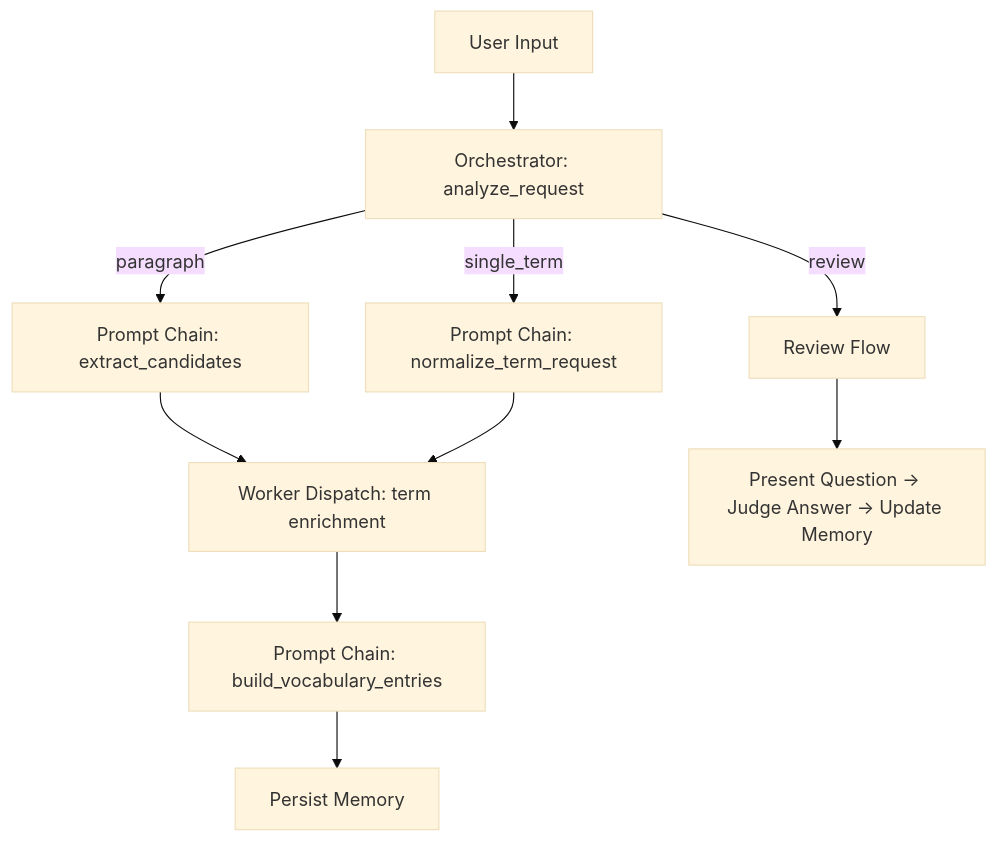
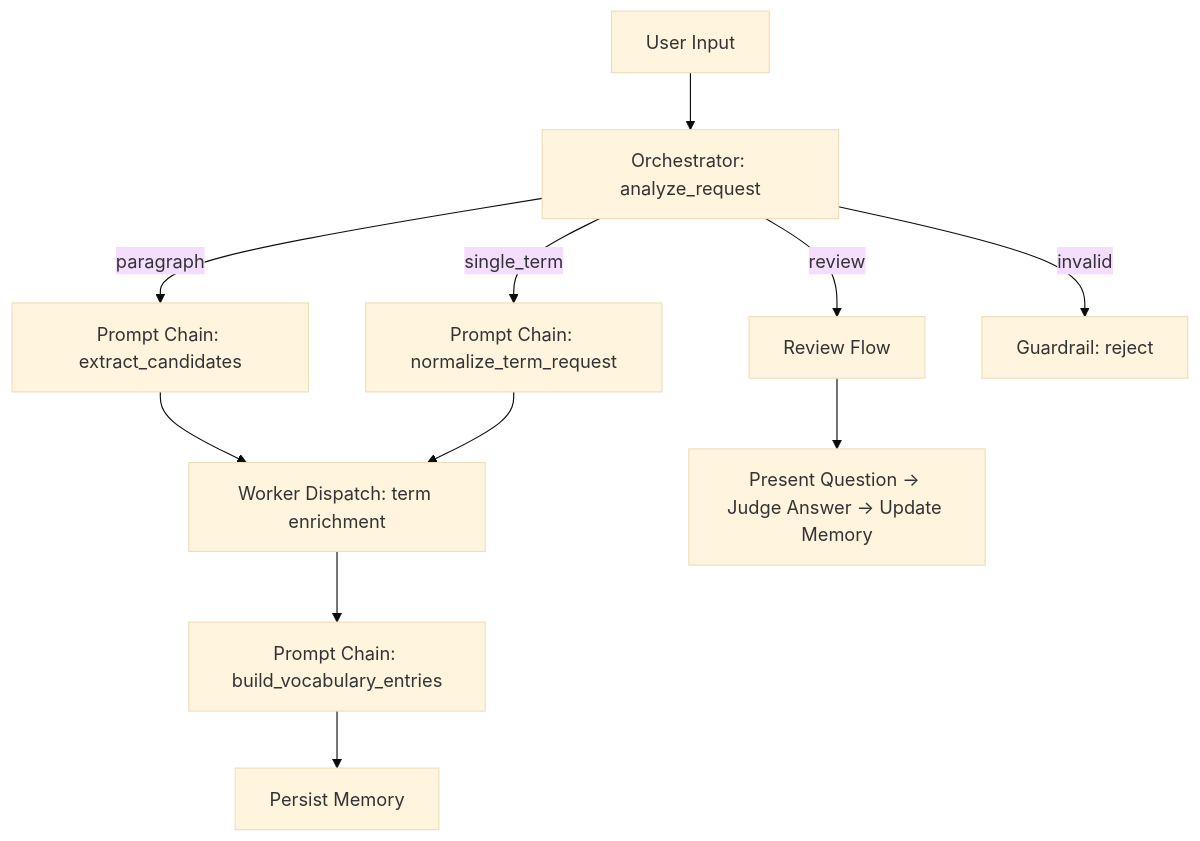
One commit to Yu-Jaeyoung/ai-agent-tutorial changed the diagram in challenge/14/README.md. Above: the diagram before and after it, drawn with Mermaid (base theme). The commit also changed other lines of this file, not shown here.

````diff
--- a/challenge/14/README.md
+++ b/challenge/14/README.md
@@ -35,13 +84,14 @@
 ```mermaid
 flowchart TD
     A["User Input"] --> B["Orchestrator: analyze_request"]
     B -->|paragraph| C["Prompt Chain: extract_candidates"]
     B -->|single_term| D["Prompt Chain: normalize_term_request"]
     B -->|review| E["Review Flow"]
+    B -->|invalid| F["Guardrail: reject"]
 
-    C --> F["Worker Dispatch: term enrichment"]
-    D --> F
-    F --> G["Prompt Chain: build_vocabulary_entries"]
-    G --> H["Persist Memory"]
-    E --> I["Present Question -> Judge Answer -> Update Memory"]
+    C --> G["Worker Dispatch: term enrichment"]
+    D --> G
+    G --> H["Prompt Chain: build_vocabulary_entries"]
+    H --> I["Persist Memory"]
+    E --> J["Present Question → Judge Answer → Update Memory"]
 ```
````
